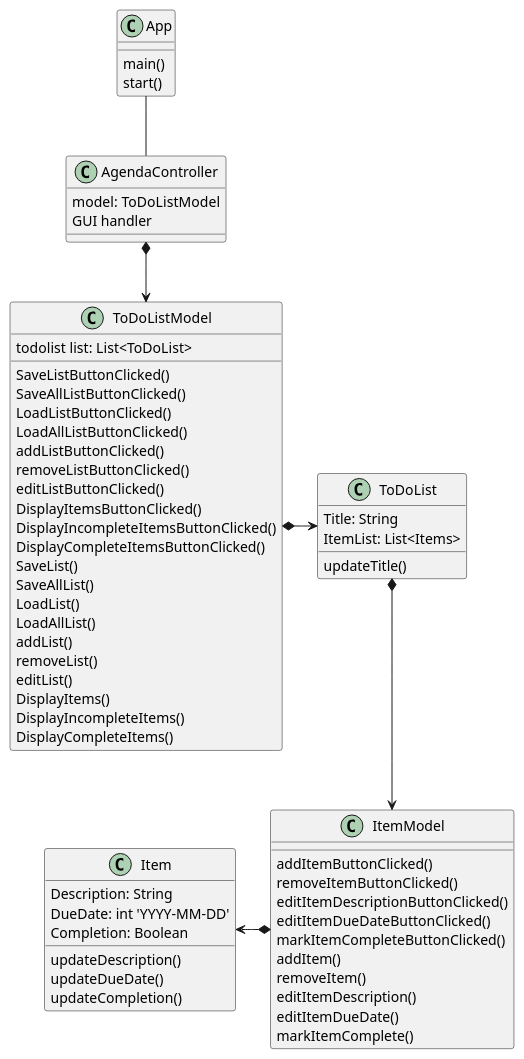
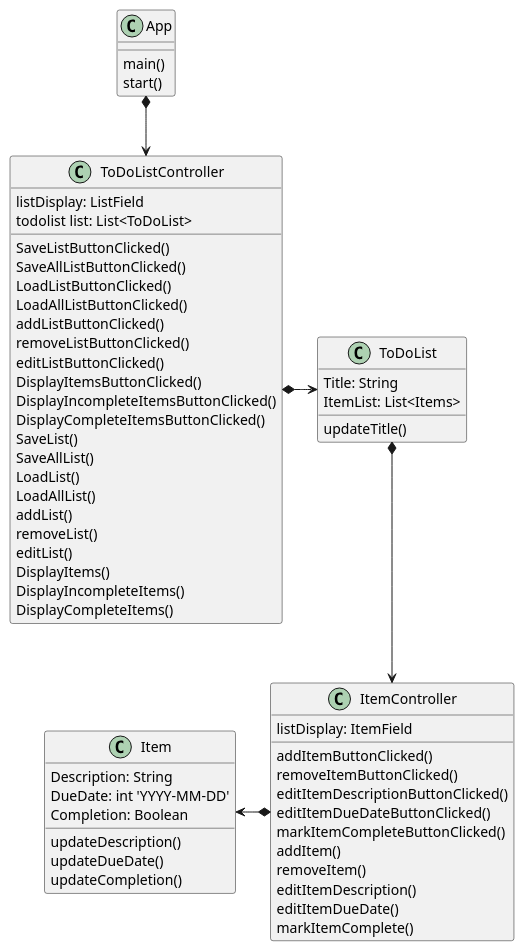
Before and after one commit to xFebreze/Dussuau-cop3330-assignment4: the diagram in uml/GUI_uml.puml, drawn with PlantUML. The commit also changed 13 other files, not shown here.

```diff
--- a/uml/GUI_uml.puml
+++ b/uml/GUI_uml.puml
@@ -1,73 +1,69 @@
 @startuml
 'https://plantuml.com/class-diagram
 
 class App{
     main()
     start()
 }
 
-class AgendaController{
-    model: ToDoListModel
-    GUI handler
-}
-
-class ToDoListModel{
+class ToDoListController{
+    listDisplay: ListField
     todolist list: List<ToDoList>
 
     SaveListButtonClicked()
     SaveAllListButtonClicked()
     LoadListButtonClicked()
     LoadAllListButtonClicked()
     addListButtonClicked()
     removeListButtonClicked()
     editListButtonClicked()
     DisplayItemsButtonClicked()
     DisplayIncompleteItemsButtonClicked()
     DisplayCompleteItemsButtonClicked()
     SaveList()
     SaveAllList()
     LoadList()
     LoadAllList()
     addList()
     removeList()
     editList()
     DisplayItems()
     DisplayIncompleteItems()
     DisplayCompleteItems()
 }
 
-class ItemModel{
+class ItemController{
+    listDisplay: ItemField
     addItemButtonClicked()
     removeItemButtonClicked()
     editItemDescriptionButtonClicked()
     editItemDueDateButtonClicked()
     markItemCompleteButtonClicked()
     addItem()
     removeItem()
     editItemDescription()
     editItemDueDate()
     markItemComplete()
 }
 
 class ToDoList{
     Title: String
     ItemList: List<Items>
     updateTitle()
 }
 
 class Item{
     Description: String
     DueDate: int 'YYYY-MM-DD'
     Completion: Boolean
     updateDescription()
     updateDueDate()
     updateCompletion()
 }
 
-Item <-* ItemModel
-ToDoListModel *-> ToDoList
-AgendaController *--> ToDoListModel
-App -- AgendaController
-ToDoList *--> ItemModel
+Item <-* ItemController
+ToDoListController *-> ToDoList
+App *--> ToDoListController
+ToDoList *--> ItemController
 
 @enduml
```
